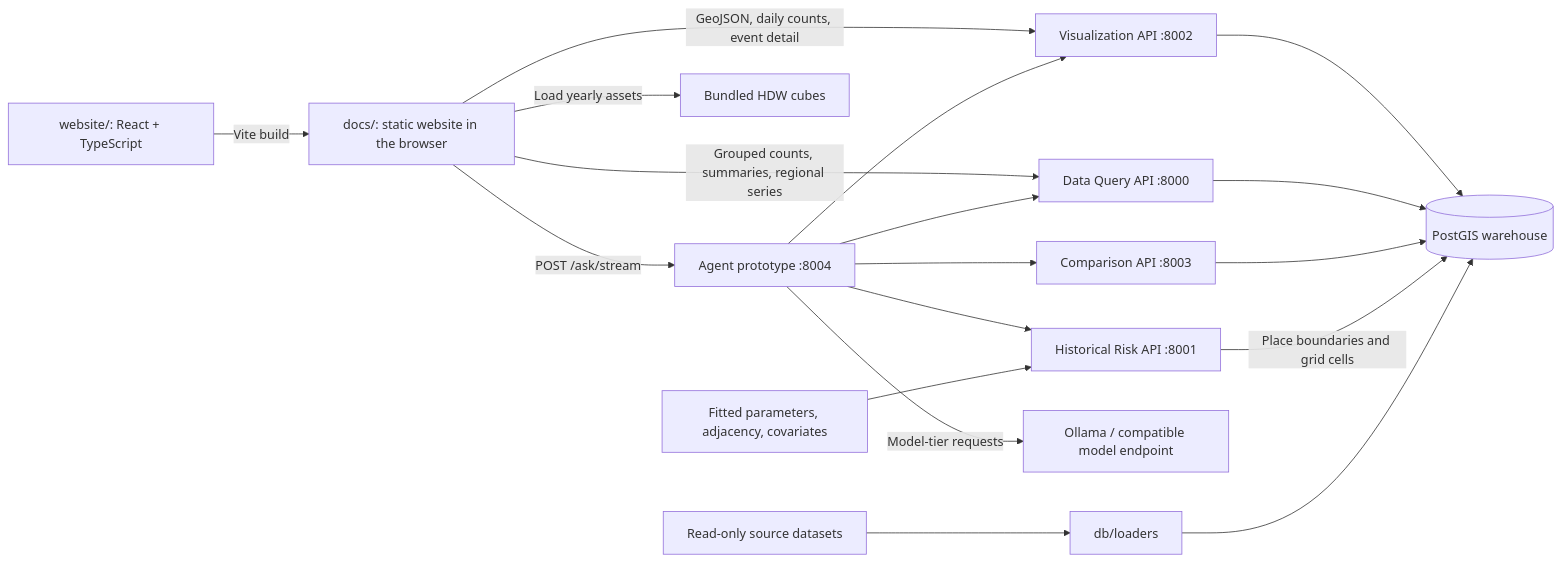
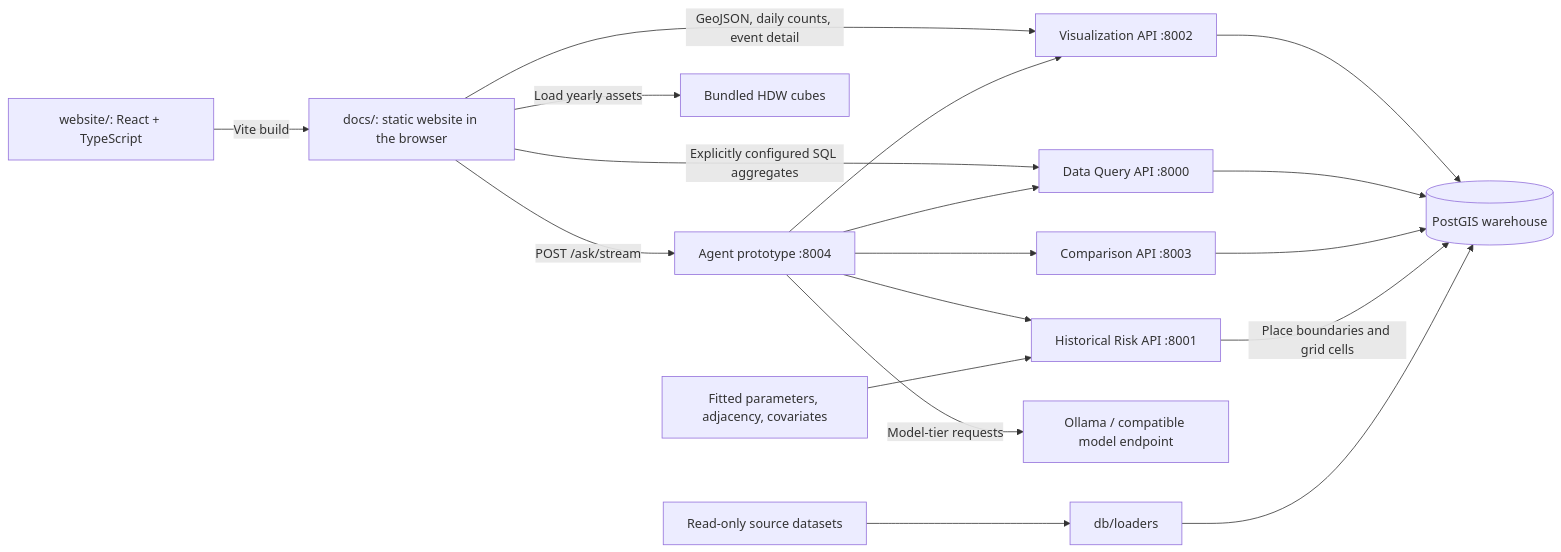
One commit to ByteMasterMike/Wildfire-Services changed the diagram in README.md. Above: the diagram before and after it, drawn with Mermaid. The commit also changed other lines of this file and 12 other files, not shown here.

Commit message:
Keep workspace usable until SQL aggregates are deployed

````diff
--- a/README.md
+++ b/README.md
@@ -9,19 +9,19 @@
 ```mermaid
 flowchart LR
     Source["website/: React + TypeScript"] -->|Vite build| Web["docs/: static website in the browser"]
     Web -->|GeoJSON, daily counts, event detail| Viz["Visualization API :8002"]
     Web -->|POST /ask/stream| Agent["Agent prototype :8004"]
-    Web -->|Grouped counts, summaries, regional series| Query
+    Web -->|Explicitly configured SQL aggregates| Query
     Web -->|Load yearly assets| HDW["Bundled HDW cubes"]
     Agent --> Viz
     Agent --> Query["Data Query API :8000"]
     Agent --> Compare["Comparison API :8003"]
     Agent --> Risk["Historical Risk API :8001"]
     Agent -->|Model-tier requests| Ollama["Ollama / compatible model endpoint"]
     Viz --> DB[(PostGIS warehouse)]
     Query --> DB
     Compare --> DB
     Risk -->|Place boundaries and grid cells| DB
     Inputs["Fitted parameters, adjacency, covariates"] --> Risk
     Raw["Read-only source datasets"] --> Loaders["db/loaders"] --> DB
 ```
````
